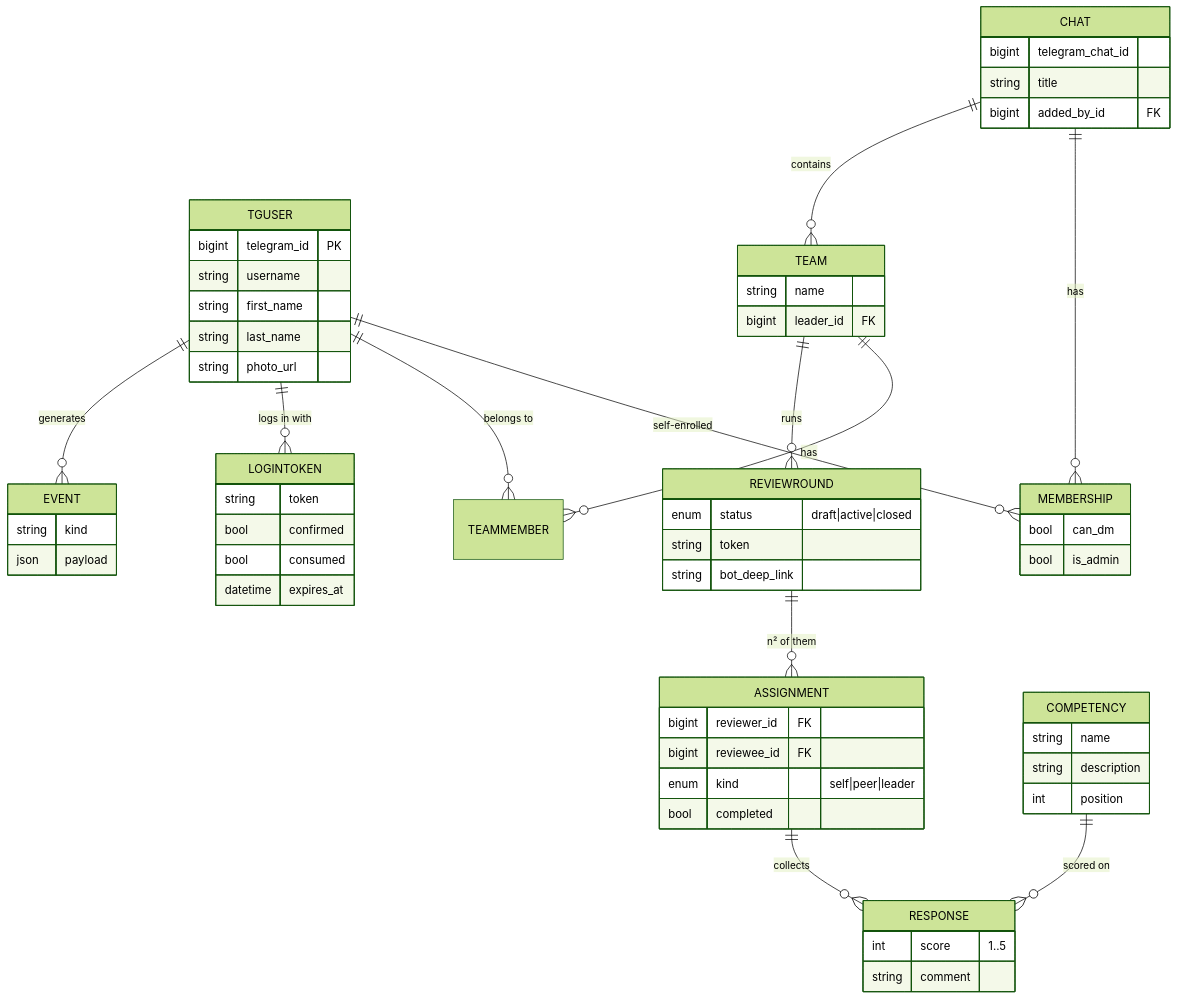
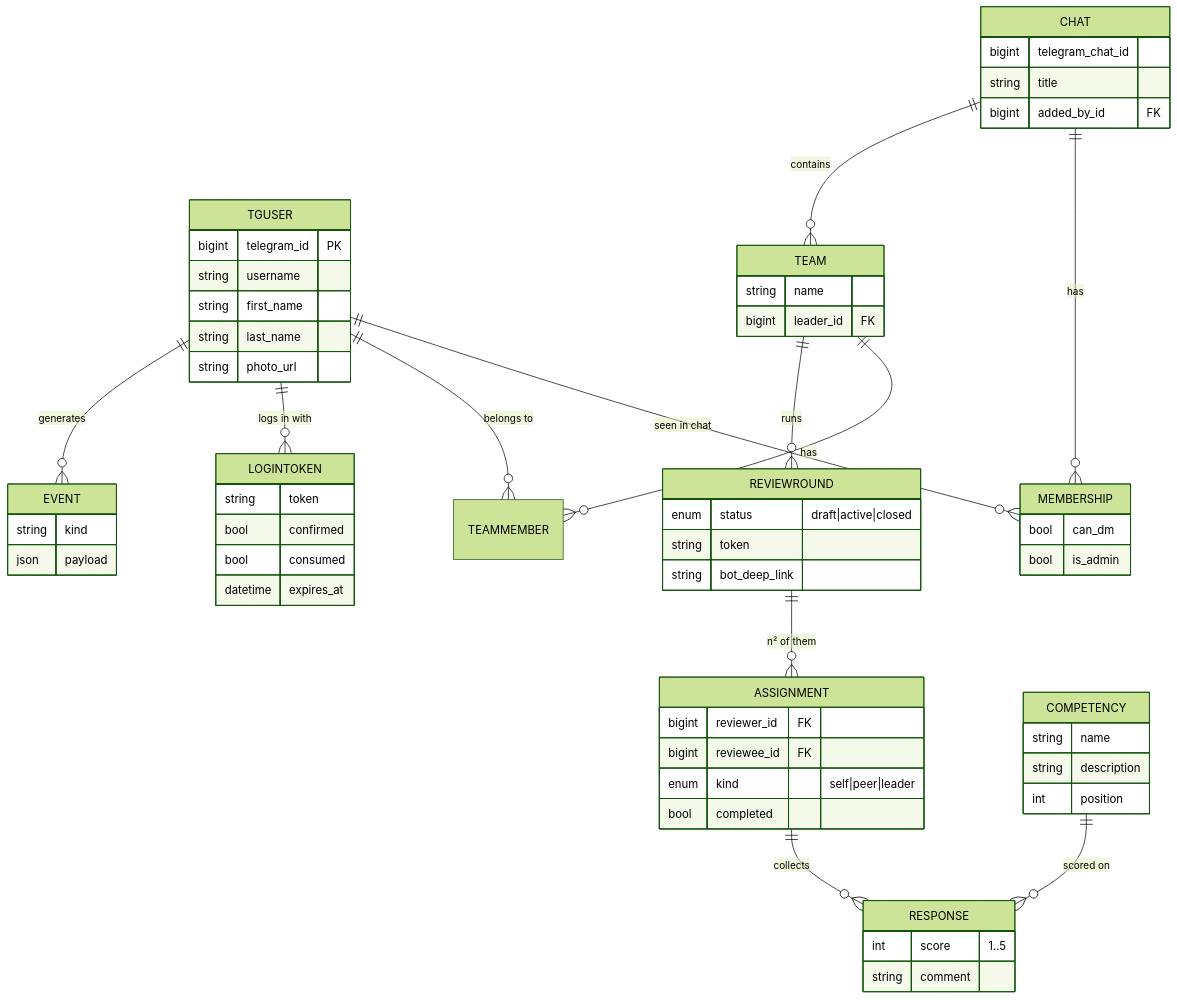
Before and after one commit to simeonkolchin/review-360: the fourth of 6 diagrams in docs/ARCHITECTURE.md, drawn with Mermaid (forest theme). The commit also changed 1 other file, not shown here.

Commit message:
Docs: roster is assembled, not opted into
Rewrites every place that still described the join button, documents the
privacy-mode caveat that decides how fast the roster fills, and updates the
test description to what the suite now covers.

````diff
--- a/docs/ARCHITECTURE.md
+++ b/docs/ARCHITECTURE.md
@@ -114,65 +114,65 @@
 ```mermaid
 erDiagram
-    TGUSER ||--o{ MEMBERSHIP : "self-enrolled"
+    TGUSER ||--o{ MEMBERSHIP : "seen in chat"
     CHAT   ||--o{ MEMBERSHIP : has
     CHAT   ||--o{ TEAM : contains
     TEAM   ||--o{ TEAMMEMBER : has
     TGUSER ||--o{ TEAMMEMBER : "belongs to"
     TEAM   ||--o{ REVIEWROUND : runs
     REVIEWROUND ||--o{ ASSIGNMENT : "n² of them"
     ASSIGNMENT  ||--o{ RESPONSE : collects
     COMPETENCY  ||--o{ RESPONSE : "scored on"
     TGUSER ||--o{ LOGINTOKEN : "logs in with"
     TGUSER ||--o{ EVENT : "generates"
 
     TGUSER {
         bigint telegram_id PK
         string username
         string first_name
         string last_name
         string photo_url
     }
     CHAT {
         bigint telegram_chat_id
         string title
         bigint added_by_id FK
     }
     MEMBERSHIP {
         bool can_dm
         bool is_admin
     }
     TEAM {
         string name
         bigint leader_id FK
     }
     REVIEWROUND {
         enum status "draft|active|closed"
         string token
         string bot_deep_link
     }
     ASSIGNMENT {
         bigint reviewer_id FK
         bigint reviewee_id FK
         enum kind "self|peer|leader"
         bool completed
     }
     RESPONSE {
         int score "1..5"
         string comment
     }
     COMPETENCY {
         string name
         string description
         int position
     }
     LOGINTOKEN {
         string token
         bool confirmed
         bool consumed
         datetime expires_at
     }
     EVENT {
         string kind
         json payload
     }
 ```
````
